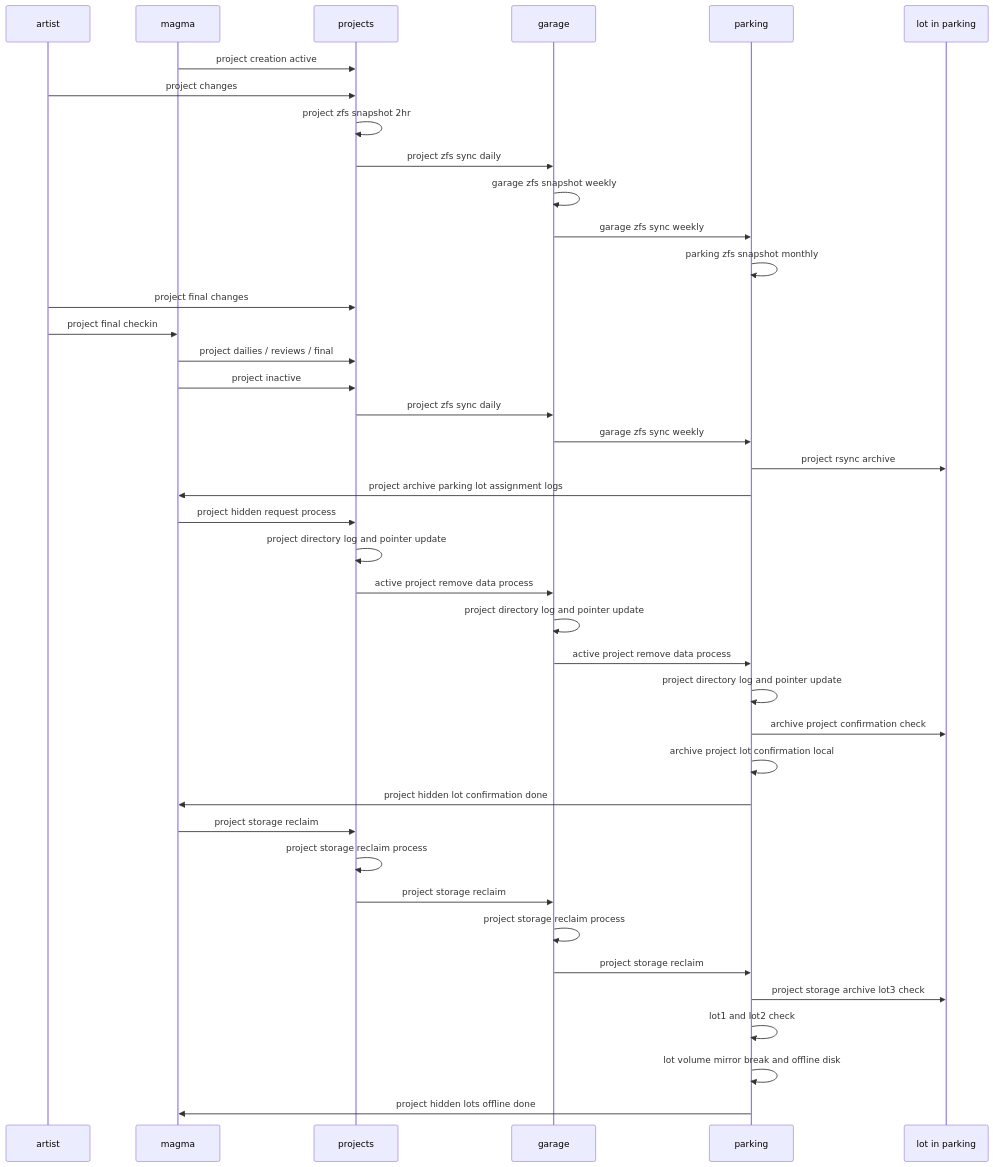
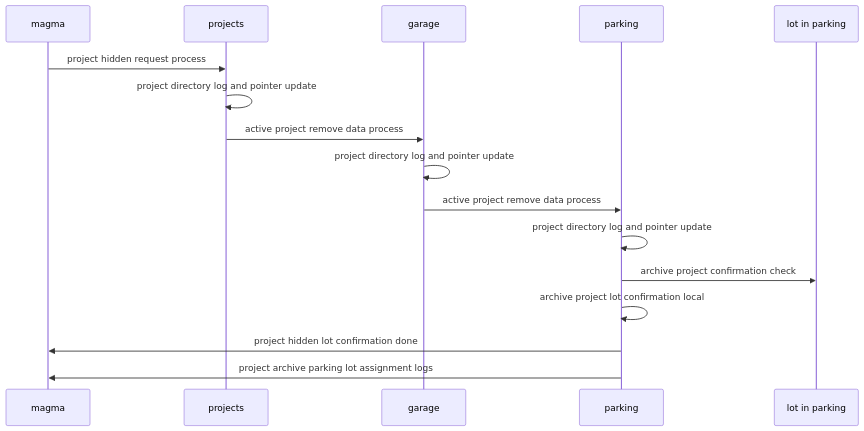
One commit to christrees/wip changed the third of 4 diagrams in labnotes/storage-backup-archive.md. Above: the diagram before and after it, drawn with Mermaid.

````diff
--- a/labnotes/storage-backup-archive.md
+++ b/labnotes/storage-backup-archive.md
@@ -3,44 +34,13 @@
 ```mermaid
 sequenceDiagram
-    participant artist
-    participant magma
-    participant projects
-    participant garage
-    participant parking
-    participant lot in parking
-    magma->>projects: project creation active
-    artist->>projects: project changes
-    projects->>projects: project zfs snapshot 2hr
-    projects->>garage: project zfs sync daily
-    garage->>garage: garage zfs snapshot weekly
-    garage->>parking: garage zfs sync weekly
-    parking->>parking: parking zfs snapshot monthly
-    artist->>projects: project final changes
-    artist->>magma: project final checkin
-    magma->>projects: project dailies / reviews / final
-    magma->>projects: project inactive
-    projects->>garage: project zfs sync daily
-    garage->>parking: garage zfs sync weekly
-    parking->>lot in parking: project rsync archive
-    parking->>magma: project archive parking lot assignment logs
     magma->>projects: project hidden request process
     projects->>projects: project directory log and pointer update
     projects->>garage: active project remove data process
     garage->>garage: project directory log and pointer update
     garage->>parking: active project remove data process
     parking->>parking: project directory log and pointer update
     parking->>lot in parking: archive project confirmation check
     parking->>parking: archive project lot confirmation local
     parking->>magma: project hidden lot confirmation done
-    magma->>projects: project storage reclaim
-    projects->>projects: project storage reclaim process
-    projects->>garage: project storage reclaim
-    garage->>garage: project storage reclaim process
-    garage->>parking: project storage reclaim
-    parking->>lot in parking: project storage archive lot3 check
-    parking->>parking: lot1 and lot2 check
-    parking->>parking: lot volume mirror break and offline disk
-    parking->>magma: project hidden lots offline done
-
-   
+    parking->>magma: project archive parking lot assignment logs
 ```
````
